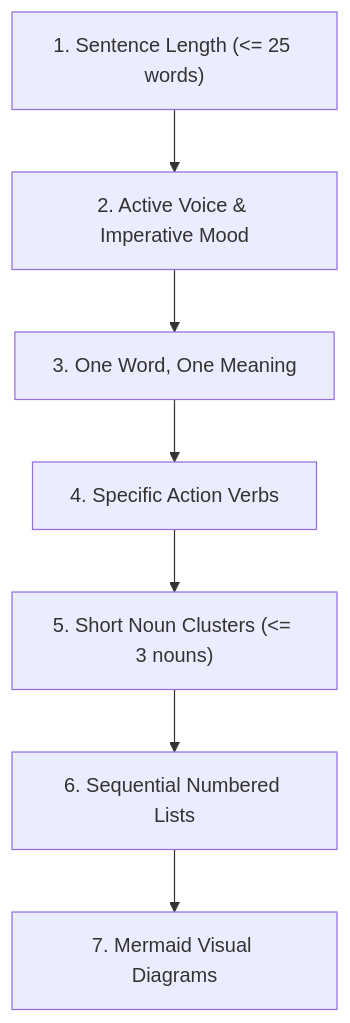
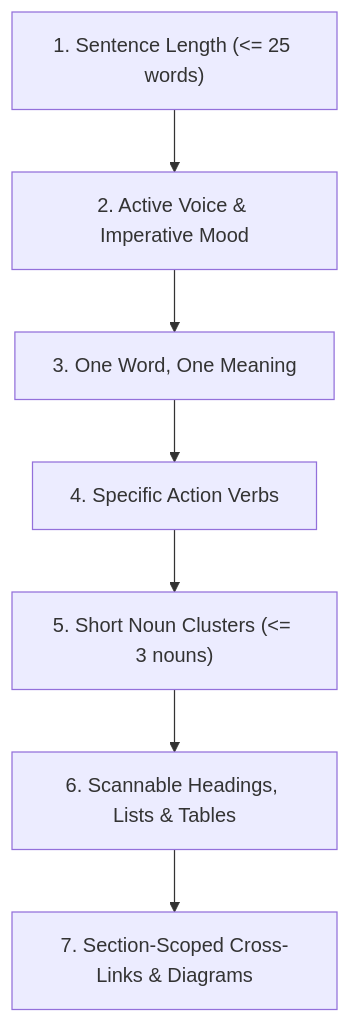
One commit to spelech/AgenticEngineeringToolbelt changed the diagram in docs/standards/asd-ste100.md. Above: the diagram before and after it, drawn with Mermaid. The commit also changed other lines of this file and 42 other files, not shown here.

````diff
--- a/docs/standards/asd-ste100.md
+++ b/docs/standards/asd-ste100.md
@@ -26,9 +33,9 @@
 ```mermaid
 flowchart TD
     Sentence["1. Sentence Length (<= 25 words)"] --> Voice["2. Active Voice & Imperative Mood"]
     Voice --> Terms["3. One Word, One Meaning"]
     Terms --> Verbs["4. Specific Action Verbs"]
     Verbs --> Nouns["5. Short Noun Clusters (<= 3 nouns)"]
-    Nouns --> Lists["6. Sequential Numbered Lists"]
-    Lists --> Diagrams["7. Mermaid Visual Diagrams"]
+    Nouns --> Structure["6. Scannable Headings, Lists & Tables"]
+    Structure --> Links["7. Section-Scoped Cross-Links & Diagrams"]
 ```
````
